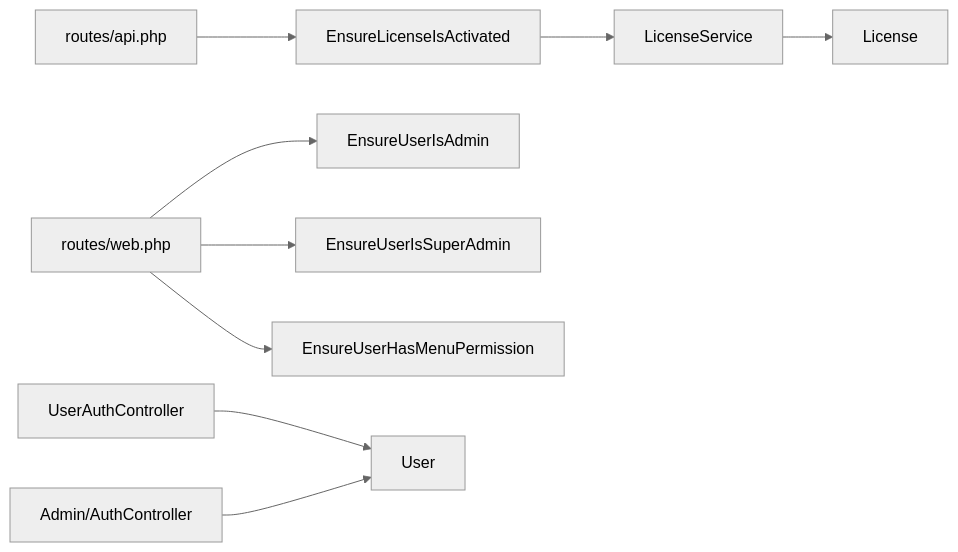
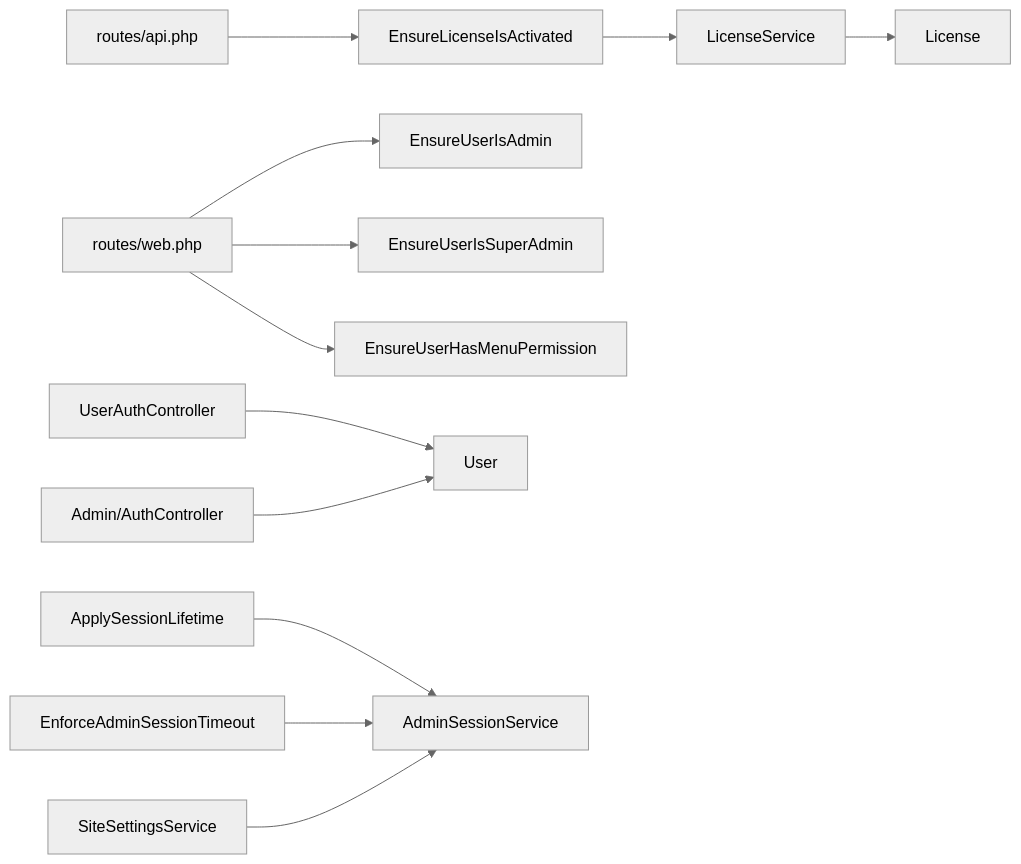
Before and after one commit to mahbub095/bus-app: diagram 11 of 11 in .qoder/repowiki/en/content/Security Implementation/Security Implementation.md, drawn with Mermaid (neutral theme). The commit also changed other lines of this file and 130 other files, not shown here.

````diff
--- a/.qoder/repowiki/en/content/Security Implementation/Security Implementation.md
+++ b/.qoder/repowiki/en/content/Security Implementation/Security Implementation.md
@@ -471,11 +610,14 @@
 ```mermaid
 graph LR
 R_API["routes/api.php"] --> MW_LIC["EnsureLicenseIsActivated"]
 R_WEB["routes/web.php"] --> MW_ADMIN["EnsureUserIsAdmin"]
 R_WEB --> MW_SUPER["EnsureUserIsSuperAdmin"]
 R_WEB --> MW_MENU["EnsureUserHasMenuPermission"]
 MW_LIC --> SVC_LIC["LicenseService"]
 SVC_LIC --> MOD_LIC["License"]
 CTRL_AUTH["UserAuthController"] --> MOD_USER["User"]
 CTRL_ADMIN["Admin/AuthController"] --> MOD_USER
+MW_SESSION["ApplySessionLifetime"] --> SVC_SESSION["AdminSessionService"]
+MW_TIMEOUT["EnforceAdminSessionTimeout"] --> SVC_SESSION
+SVC_SETTINGS["SiteSettingsService"] --> SVC_SESSION
 ```
````
